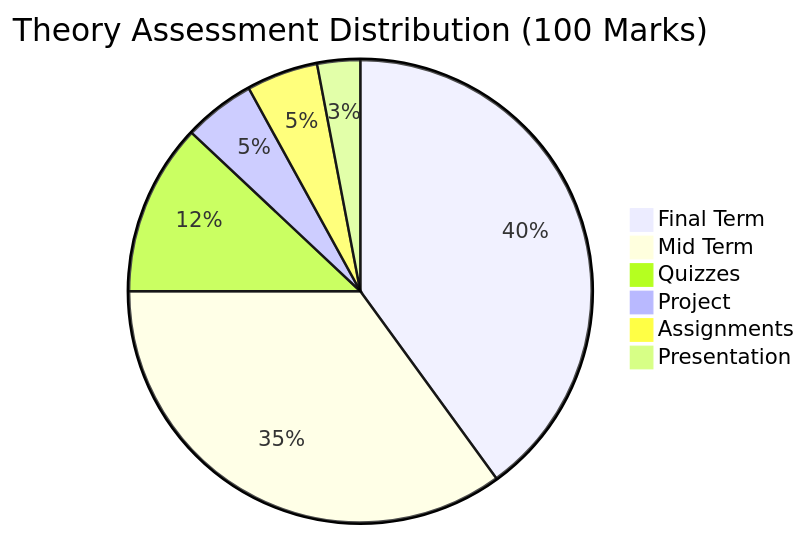
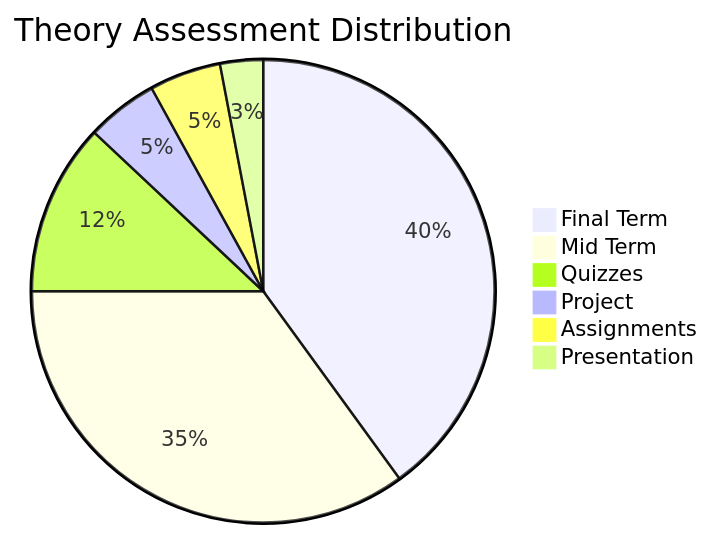
The second of 13 diagrams in README.md (Talha-Yaseen-Hub/Database-Management-Systems-DBMS-Complete-Semester-Material-Theory-Lab), drawn with Mermaid before and after one commit. The commit also changed other lines of this file, not shown here.

````diff
--- a/README.md
+++ b/README.md
@@ -179,9 +272,9 @@
 ```mermaid
-pie title Theory Assessment Distribution (100 Marks)
+pie title Theory Assessment Distribution
     "Final Term" : 40
     "Mid Term" : 35
     "Quizzes" : 12
     "Project" : 5
     "Assignments" : 5
     "Presentation" : 3
 ```
````
